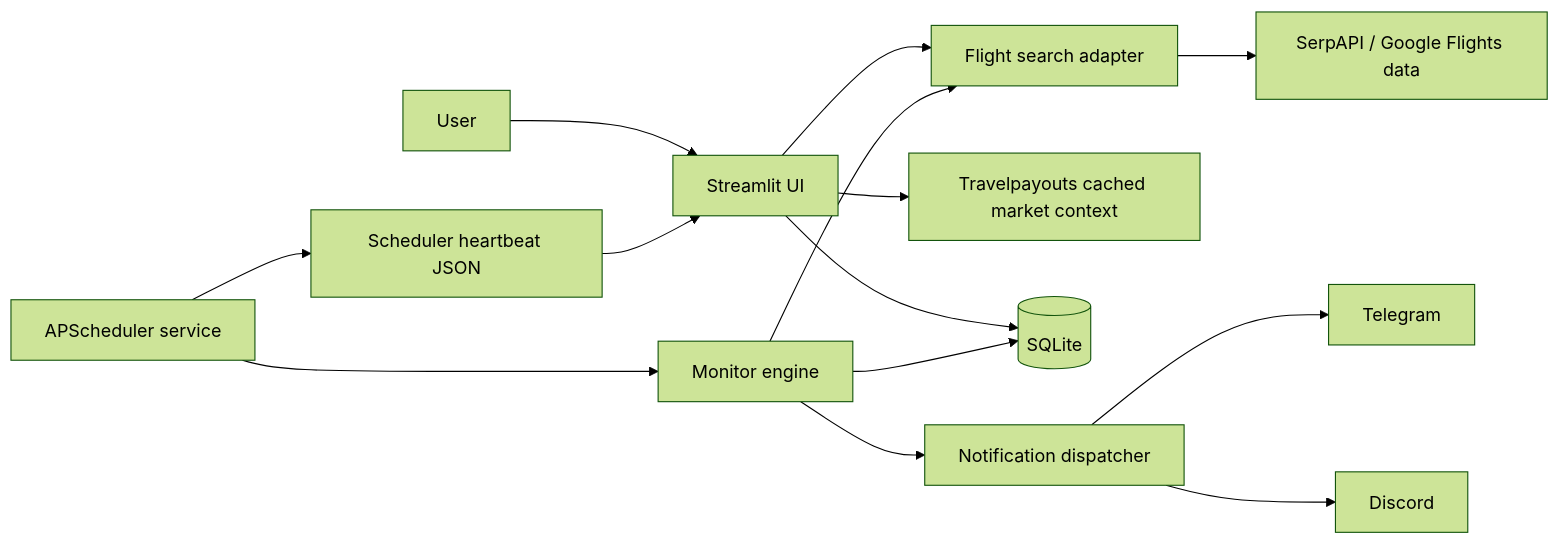
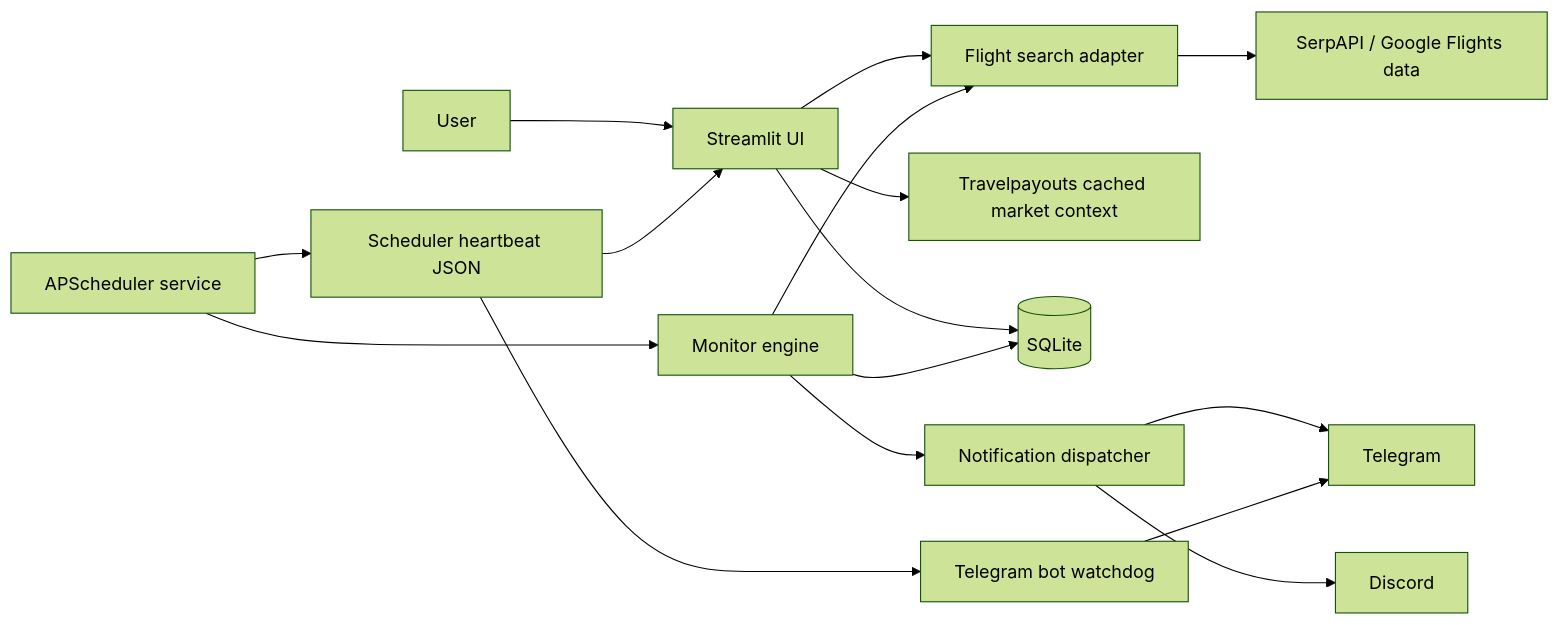
The diagram in docs/ARCHITECTURE.md (victor781205/skywatch-flight-monitor), drawn with Mermaid (forest theme) before and after one commit. The commit also changed other lines of this file and 35 other files, not shown here.

````diff
--- a/docs/ARCHITECTURE.md
+++ b/docs/ARCHITECTURE.md
@@ -6,16 +6,18 @@
 ```mermaid
 flowchart LR
   U[User] --> UI[Streamlit UI]
   UI --> API[Flight search adapter]
   S[APScheduler service] --> M[Monitor engine]
   M --> API
   API --> EXT[SerpAPI / Google Flights data]
   UI --> TP[Travelpayouts cached market context]
   UI --> DB[(SQLite)]
   M --> DB
   M --> N[Notification dispatcher]
   N --> TG[Telegram]
   N --> DC[Discord]
   S --> H[Scheduler heartbeat JSON]
+  H --> W[Telegram bot watchdog]
+  W --> TG
   H --> UI
 ```
````
